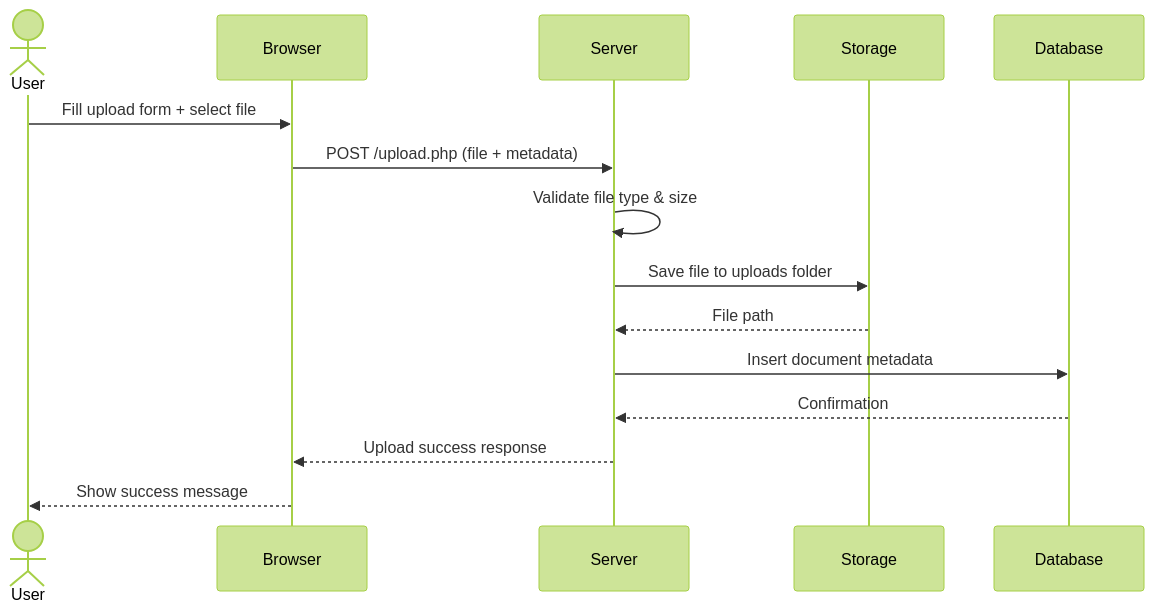
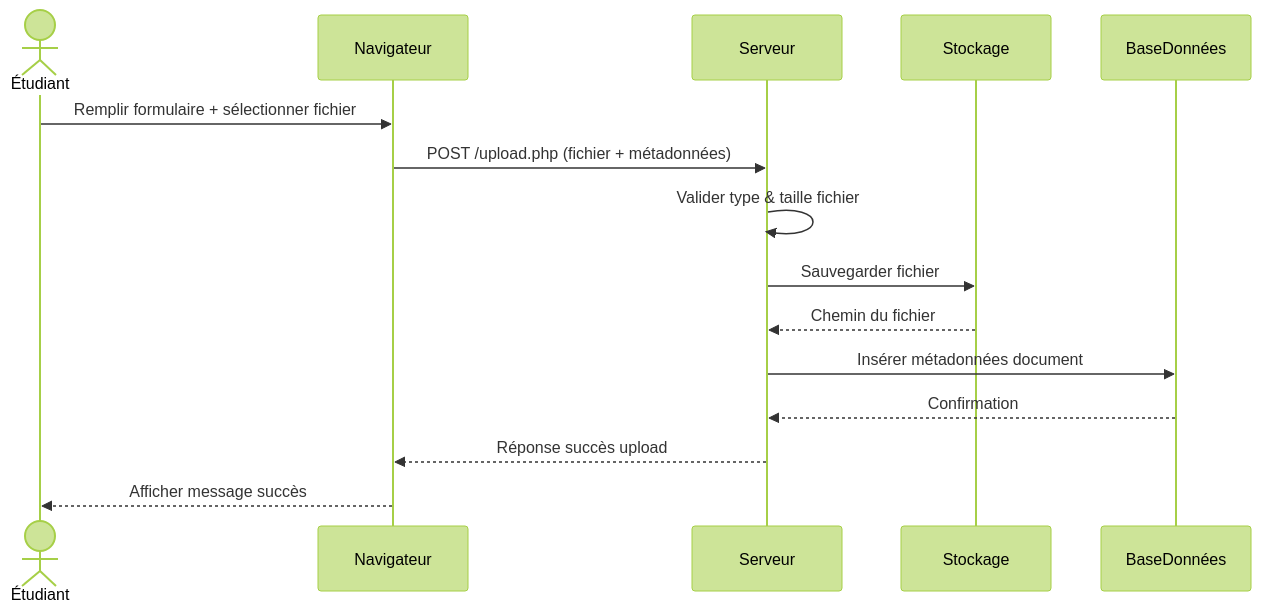
Before and after one commit to quinn618/WebProject: the diagram in conception/uploadSeq.md, drawn with Mermaid (forest theme).

Commit message:
Update sequence diagram for document upload process

````diff
--- a/conception/uploadSeq.md
+++ b/conception/uploadSeq.md
@@ -1,22 +3,21 @@
 ```mermaid
 sequenceDiagram
+actor Étudiant
+participant Navigateur
+participant Serveur
+participant Stockage
+participant BaseDonnées
 
-actor User
-participant Browser
-participant Server
-participant Storage
-participant Database
+Étudiant->>Navigateur: Remplir formulaire + sélectionner fichier
+Navigateur->>Serveur: POST /upload.php (fichier + métadonnées)
 
-User->>Browser: Fill upload form + select file
-Browser->>Server: POST /upload.php (file + metadata)
+Serveur->>Serveur: Valider type & taille fichier
+Serveur->>Stockage: Sauvegarder fichier
+Stockage-->>Serveur: Chemin du fichier
 
-Server->>Server: Validate file type & size
-Server->>Storage: Save file to uploads folder
-Storage-->>Server: File path
+Serveur->>BaseDonnées: Insérer métadonnées document
+BaseDonnées-->>Serveur: Confirmation
 
-Server->>Database: Insert document metadata
-Database-->>Server: Confirmation
-
-Server-->>Browser: Upload success response
-Browser-->>User: Show success message
+Serveur-->>Navigateur: Réponse succès upload
+Navigateur-->>Étudiant: Afficher message succès
 ```
````
